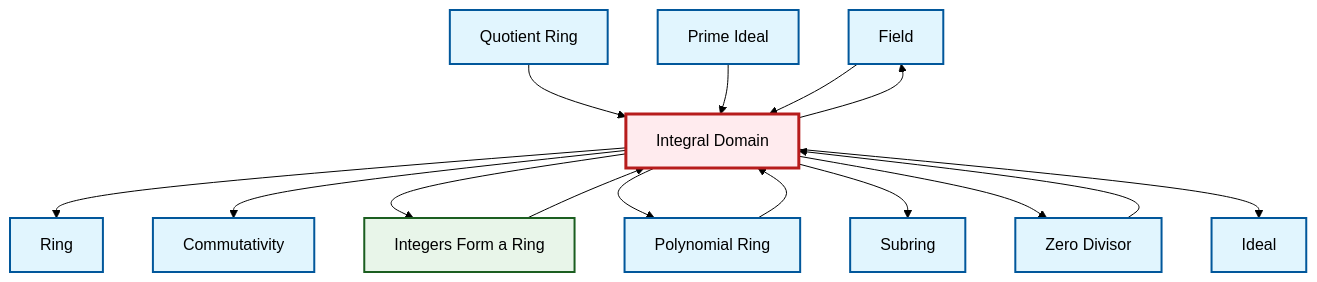
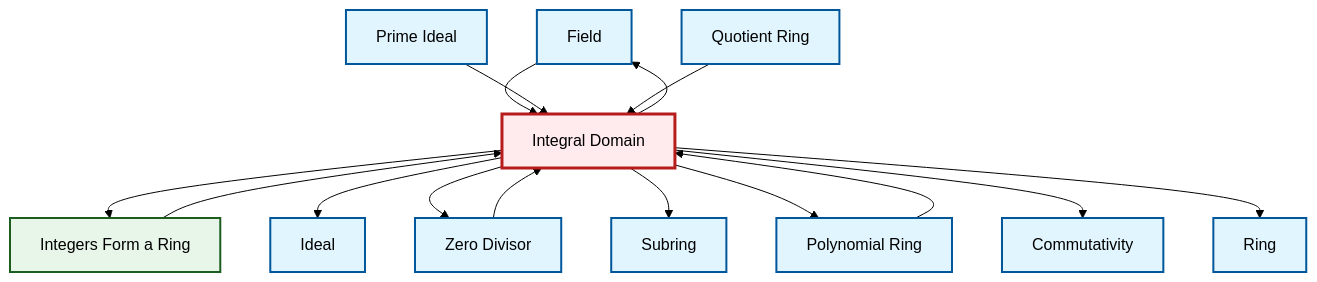
The diagram in output/mermaid/en/def-integral-domain.mermaid (RK0429/ModernMath), drawn with Mermaid (forest theme) before and after one commit. The commit also changed other lines of this file and 3094 other files, not shown here.

```diff
--- a/output/mermaid/en/def-integral-domain.mermaid
+++ b/output/mermaid/en/def-integral-domain.mermaid
@@ -1,32 +1,32 @@
 graph TD
     classDef definition fill:#e1f5fe,stroke:#01579b,stroke-width:2px
     classDef theorem fill:#f3e5f5,stroke:#4a148c,stroke-width:2px
     classDef axiom fill:#fff3e0,stroke:#e65100,stroke-width:2px
     classDef example fill:#e8f5e9,stroke:#1b5e20,stroke-width:2px
     classDef current fill:#ffebee,stroke:#b71c1c,stroke-width:3px
+    def-field["Field"]:::definition
+    def-polynomial-ring["Polynomial Ring"]:::definition
+    def-quotient-ring["Quotient Ring"]:::definition
     def-subring["Subring"]:::definition
+    def-commutativity["Commutativity"]:::definition
+    def-ring["Ring"]:::definition
+    def-zero-divisor["Zero Divisor"]:::definition
     def-ideal["Ideal"]:::definition
-    def-field["Field"]:::definition
-    def-commutativity["Commutativity"]:::definition
     def-prime-ideal["Prime Ideal"]:::definition
-    def-zero-divisor["Zero Divisor"]:::definition
-    def-quotient-ring["Quotient Ring"]:::definition
-    def-ring["Ring"]:::definition
+    def-integral-domain["Integral Domain"]:::definition
     ex-integers-ring["Integers Form a Ring"]:::example
-    def-integral-domain["Integral Domain"]:::definition
-    def-polynomial-ring["Polynomial Ring"]:::definition
+    def-polynomial-ring --> def-integral-domain
+    ex-integers-ring --> def-integral-domain
+    def-integral-domain --> def-field
+    def-integral-domain --> ex-integers-ring
+    def-integral-domain --> def-ideal
+    def-integral-domain --> def-zero-divisor
+    def-field --> def-integral-domain
+    def-prime-ideal --> def-integral-domain
+    def-zero-divisor --> def-integral-domain
     def-quotient-ring --> def-integral-domain
+    def-integral-domain --> def-subring
+    def-integral-domain --> def-polynomial-ring
+    def-integral-domain --> def-commutativity
     def-integral-domain --> def-ring
-    def-integral-domain --> def-commutativity
-    def-integral-domain --> ex-integers-ring
-    def-integral-domain --> def-polynomial-ring
-    def-integral-domain --> def-subring
-    def-zero-divisor --> def-integral-domain
-    ex-integers-ring --> def-integral-domain
-    def-polynomial-ring --> def-integral-domain
-    def-prime-ideal --> def-integral-domain
-    def-integral-domain --> def-zero-divisor
-    def-integral-domain --> def-field
-    def-integral-domain --> def-ideal
-    def-field --> def-integral-domain
     class def-integral-domain current
```
